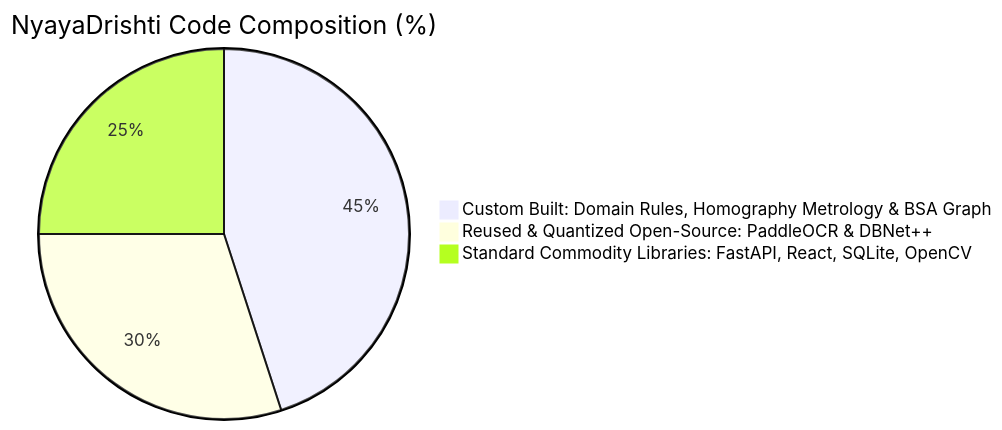
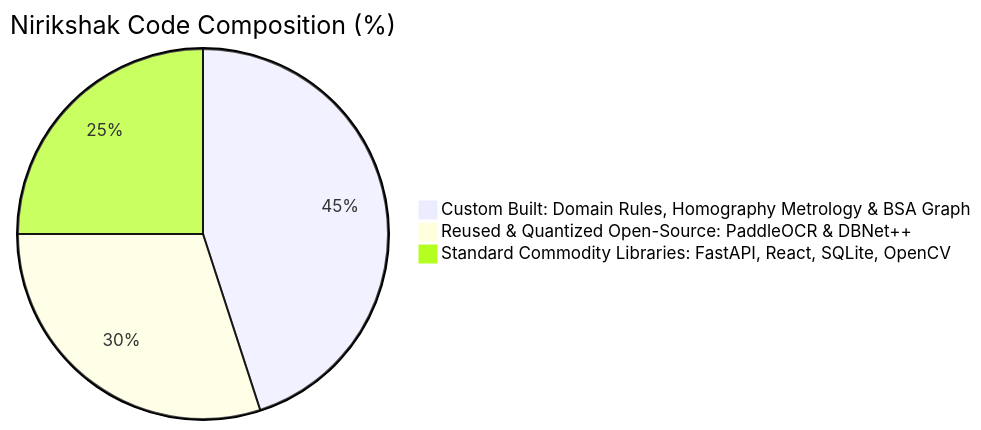
One commit to anonymousgrouphp-collab/sih26034 changed diagram 24 of 27 in docs/research/PHASE_3_Solution_Blueprint.md. Above: the diagram before and after it, drawn with Mermaid. The commit also changed other lines of this file and 90 other files, not shown here.

````diff
--- a/docs/research/PHASE_3_Solution_Blueprint.md
+++ b/docs/research/PHASE_3_Solution_Blueprint.md
@@ -2482,6 +2482,6 @@
 ```mermaid
-pie title NyayaDrishti Code Composition (%)
+pie title Nirikshak Code Composition (%)
     "Custom Built: Domain Rules, Homography Metrology & BSA Graph" : 45
     "Reused & Quantized Open-Source: PaddleOCR & DBNet++" : 30
     "Standard Commodity Libraries: FastAPI, React, SQLite, OpenCV" : 25
 ```
````
